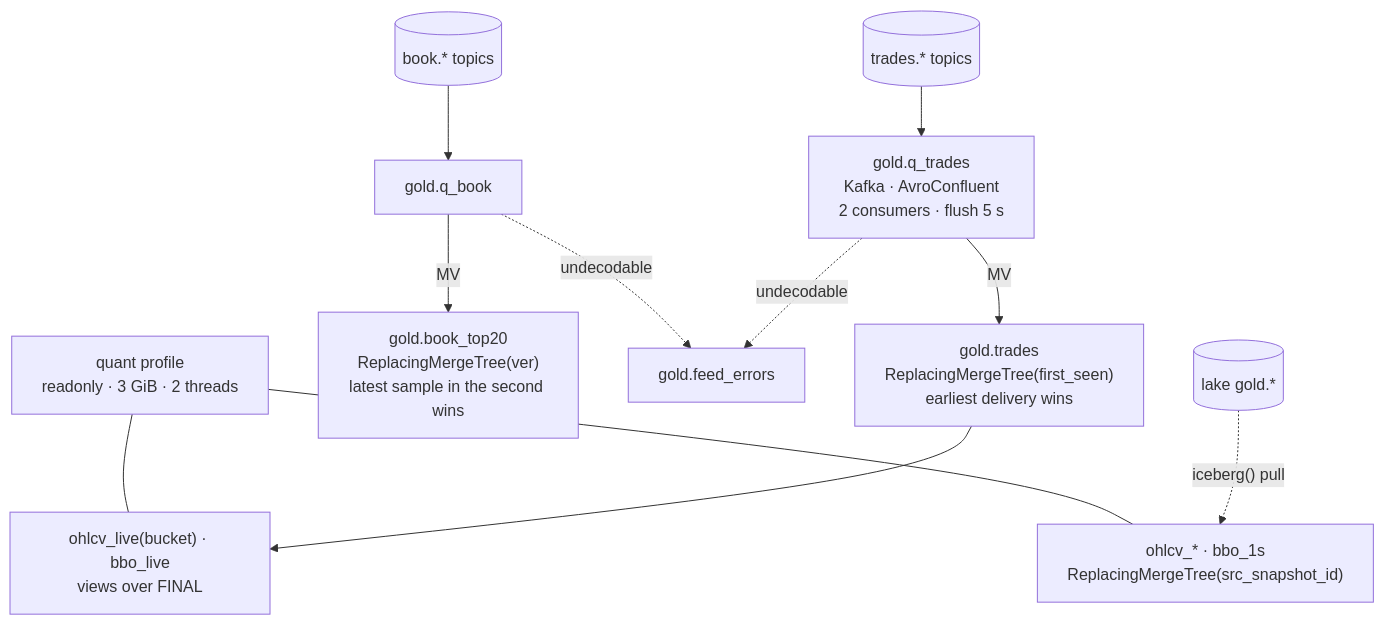
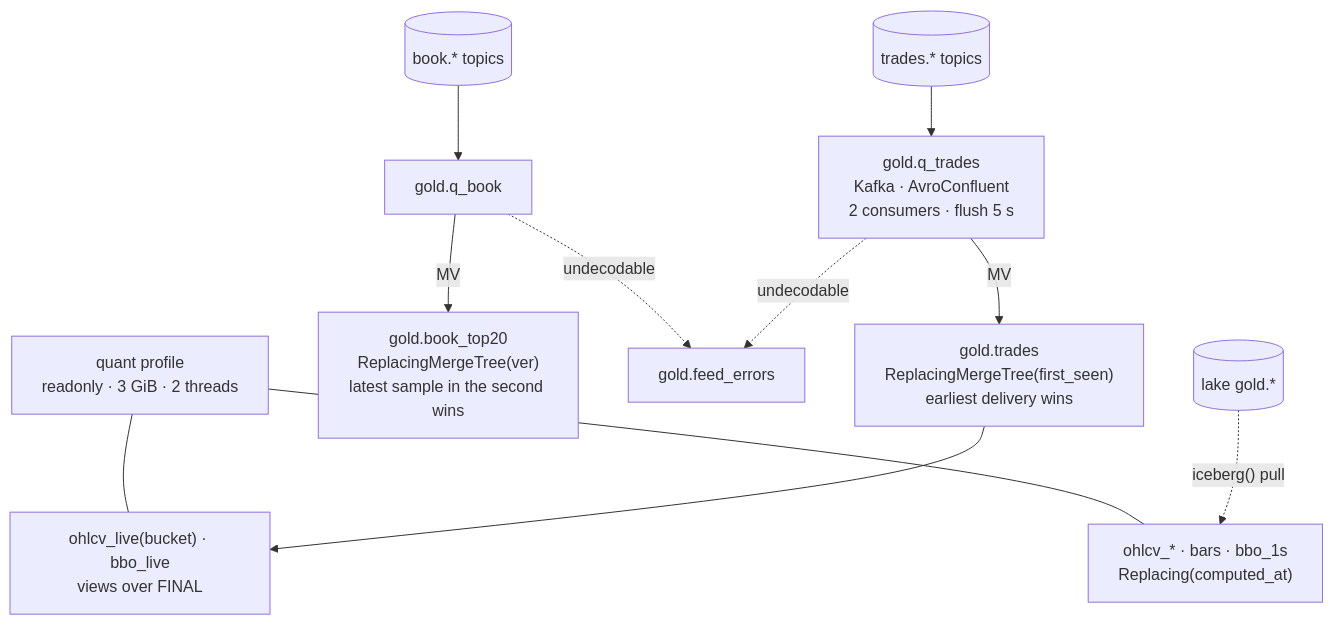
The diagram in docs/architecture/10-clickhouse-gold.md (rjdscott/k2-market-data-platform), drawn with Mermaid before and after one commit. The commit also changed other lines of this file and 22 other files, not shown here.

First line of the commit message:
fix(replay,lake): sampler on the live grid; export contiguity; exact thresholds; ClickHouse versions on computed_at; parity never vacuous (#120)

````diff
--- a/docs/architecture/10-clickhouse-gold.md
+++ b/docs/architecture/10-clickhouse-gold.md
@@ -49,11 +49,11 @@
 ```mermaid
 flowchart TB
   T[("trades.* topics")] --> QT["gold.q_trades<br/>Kafka · AvroConfluent<br/>2 consumers · flush 5 s"]
   B[("book.* topics")] --> QB["gold.q_book"]
   QT -->|MV| TR["gold.trades<br/>ReplacingMergeTree(first_seen)<br/>earliest delivery wins"]
   QB -->|MV| BK["gold.book_top20<br/>ReplacingMergeTree(ver)<br/>latest sample in the second wins"]
   QT & QB -.->|"undecodable"| FE["gold.feed_errors"]
   TR --> LV["ohlcv_live(bucket) · bbo_live<br/>views over FINAL"]
-  LK[("lake gold.*")] -.->|"iceberg() pull"| PR["ohlcv_* · bbo_1s<br/>ReplacingMergeTree(src_snapshot_id)"]
+  LK[("lake gold.*")] -.->|"iceberg() pull"| PR["ohlcv_* · bars · bbo_1s<br/>Replacing(computed_at)"]
   U["quant profile<br/>readonly · 3 GiB · 2 threads"] --- LV & PR
 ```
````
